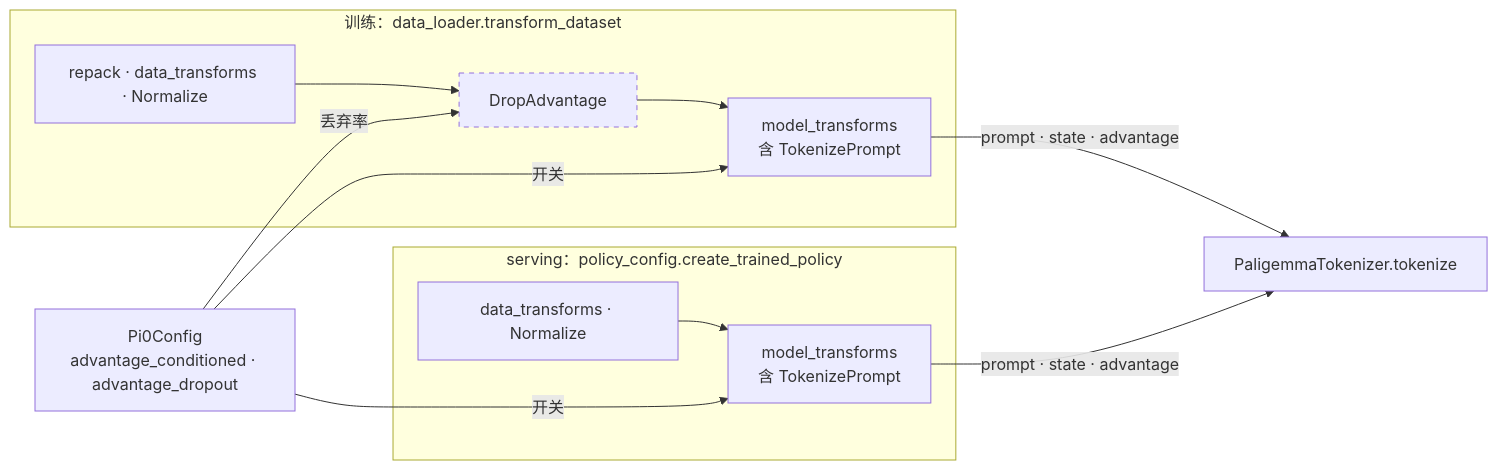
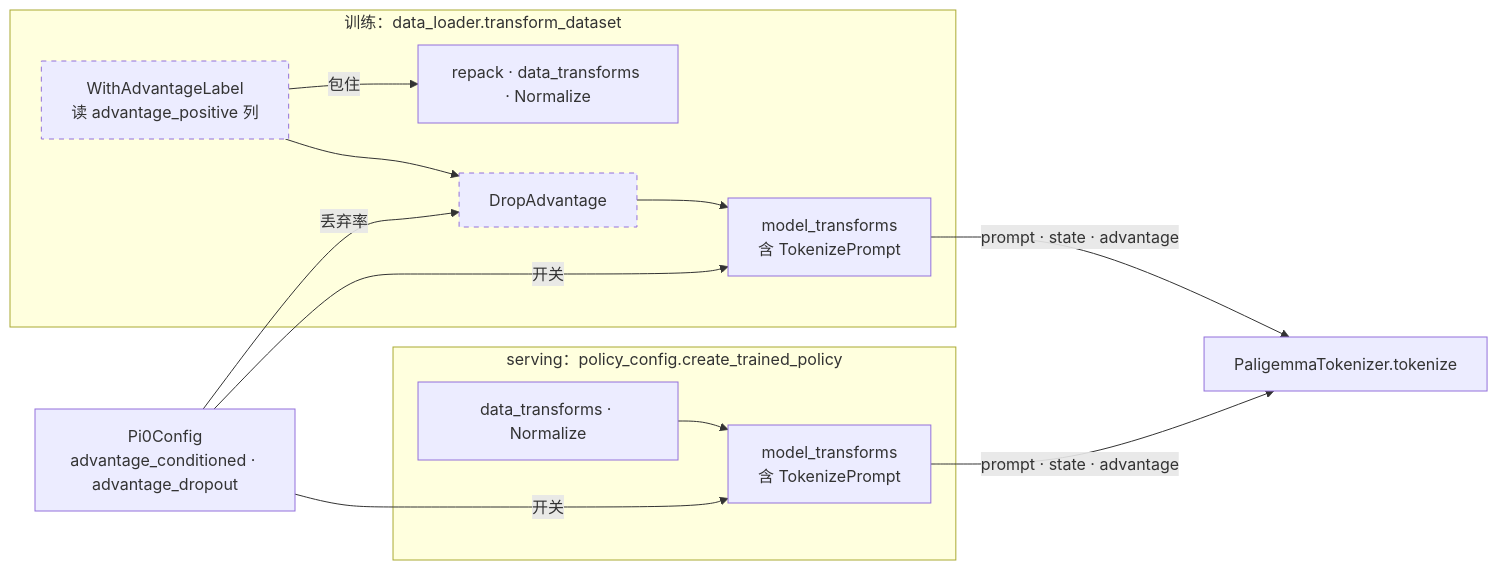
Before and after one commit to AtticusZeller/vla-post-train: the second of 6 diagrams in docs/xense-openpi/codebase.md, drawn with Mermaid. The commit also changed other lines of this file and 4 other files, not shown here.

````diff
--- a/docs/xense-openpi/codebase.md
+++ b/docs/xense-openpi/codebase.md
@@ -120,22 +155,25 @@
 ```mermaid
 flowchart LR
     CFG["Pi0Config<br/>advantage_conditioned · advantage_dropout"]
     subgraph TRAINCHAIN["训练：data_loader.transform_dataset"]
+        T0["WithAdvantageLabel<br/>读 advantage_positive 列"]
         T1["repack · data_transforms · Normalize"]
         T2["DropAdvantage"]
         T3["model_transforms<br/>含 TokenizePrompt"]
-        T1 --> T2 --> T3
+        T0 -- "包住" --> T1
+        T0 --> T2 --> T3
     end
     subgraph SERVECHAIN["serving：policy_config.create_trained_policy"]
         S1["data_transforms · Normalize"]
         S3["model_transforms<br/>含 TokenizePrompt"]
         S1 --> S3
     end
     TOK["PaligemmaTokenizer.tokenize"]
     CFG -- "丢弃率" --> T2
     CFG -- "开关" --> T3
     CFG -- "开关" --> S3
     T3 -- "prompt · state · advantage" --> TOK
     S3 -- "prompt · state · advantage" --> TOK
     style T2 stroke-dasharray: 5 5
+    style T0 stroke-dasharray: 5 5
 ```
````
